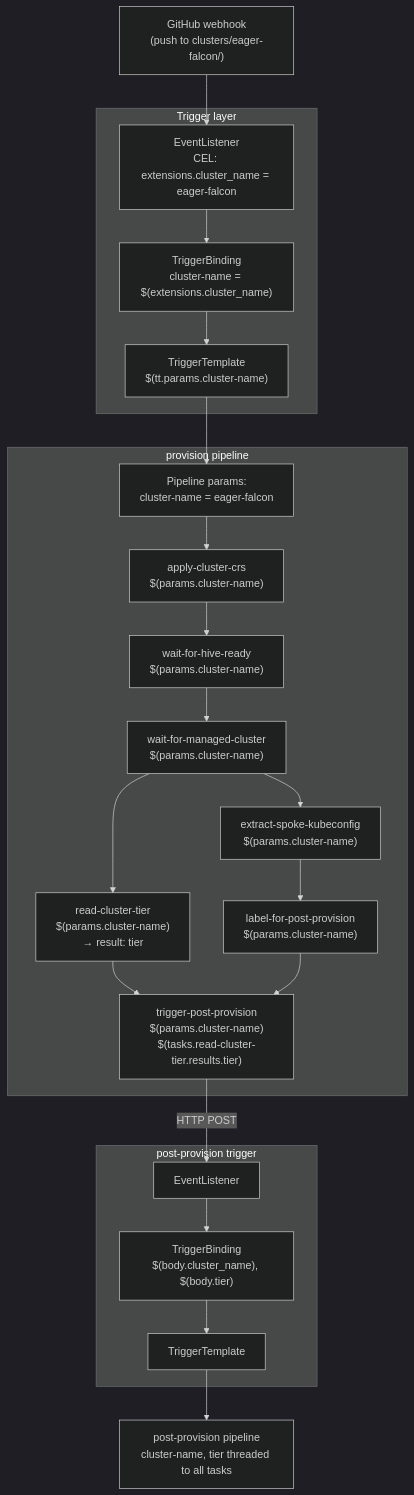
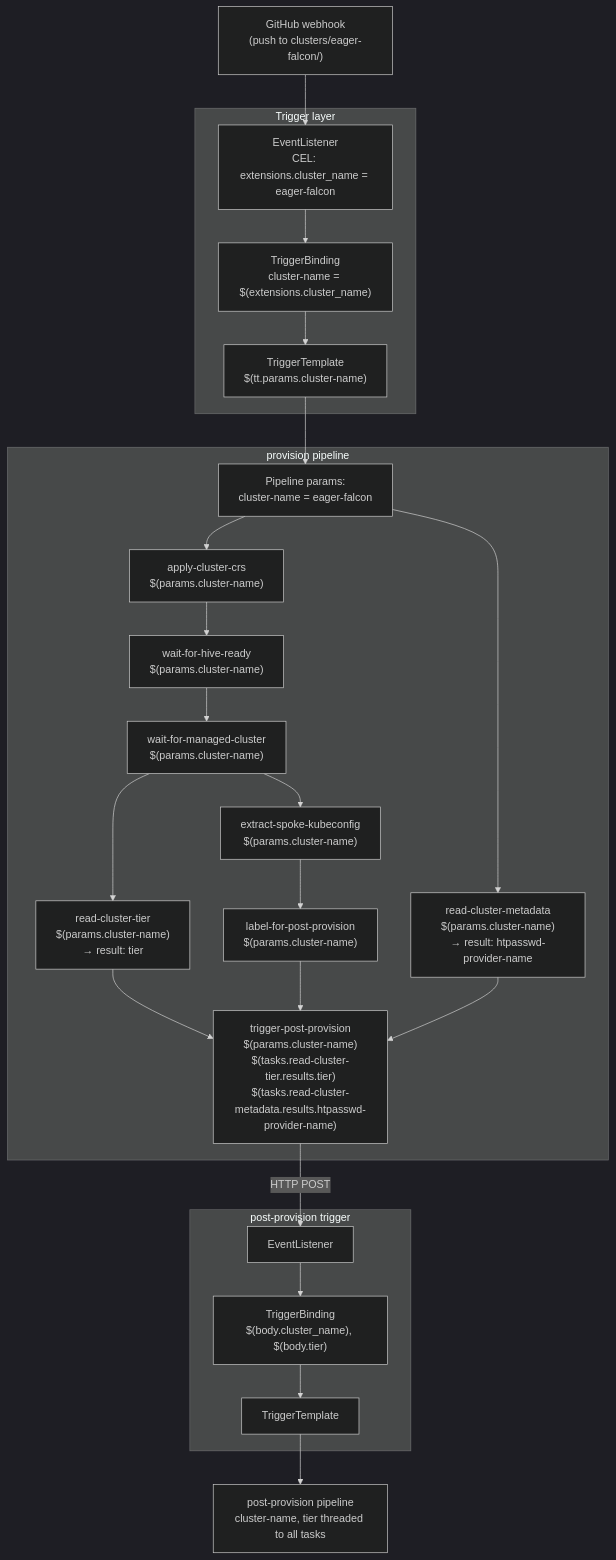
The fourth of 4 diagrams in docs/parameter-threading.md (redhat-openshift-partner-labs/fleet), drawn with Mermaid (dark theme) before and after one commit. The commit also changed other lines of this file and 16 other files, not shown here.

````diff
--- a/docs/parameter-threading.md
+++ b/docs/parameter-threading.md
@@ -224,37 +236,40 @@
 ```mermaid
 flowchart TD
     GH["GitHub webhook<br/>(push to clusters/eager-falcon/)"]
 
     subgraph "Trigger layer"
         EL3["EventListener<br/>CEL: extensions.cluster_name = eager-falcon"]
         TB3["TriggerBinding<br/>cluster-name = $(extensions.cluster_name)"]
         TT3["TriggerTemplate<br/>$(tt.params.cluster-name)"]
     end
 
     subgraph "provision pipeline"
         P3["Pipeline params:<br/>cluster-name = eager-falcon"]
         T_AC["apply-cluster-crs<br/>$(params.cluster-name)"]
         T_WH["wait-for-hive-ready<br/>$(params.cluster-name)"]
         T_WM["wait-for-managed-cluster<br/>$(params.cluster-name)"]
+        T_RM["read-cluster-metadata<br/>$(params.cluster-name)<br/>→ result: htpasswd-provider-name"]
         T_RC["read-cluster-tier<br/>$(params.cluster-name)<br/>→ result: tier"]
         T_ES["extract-spoke-kubeconfig<br/>$(params.cluster-name)"]
         T_LP["label-for-post-provision<br/>$(params.cluster-name)"]
-        T_TP["trigger-post-provision<br/>$(params.cluster-name)<br/>$(tasks.read-cluster-tier.results.tier)"]
+        T_TP["trigger-post-provision<br/>$(params.cluster-name)<br/>$(tasks.read-cluster-tier.results.tier)<br/>$(tasks.read-cluster-metadata.results.htpasswd-provider-name)"]
     end
 
     subgraph "post-provision trigger"
         EL4["EventListener"]
         TB4["TriggerBinding<br/>$(body.cluster_name), $(body.tier)"]
         TT4["TriggerTemplate"]
     end
 
     PP4["post-provision pipeline<br/>cluster-name, tier threaded to all tasks"]
 
     GH --> EL3 --> TB3 --> TT3 --> P3
     P3 --> T_AC --> T_WH --> T_WM
+    P3 --> T_RM
     T_WM --> T_RC
     T_WM --> T_ES --> T_LP
     T_RC --> T_TP
+    T_RM --> T_TP
     T_LP --> T_TP
     T_TP -->|"HTTP POST"| EL4 --> TB4 --> TT4 --> PP4
 ```
````
